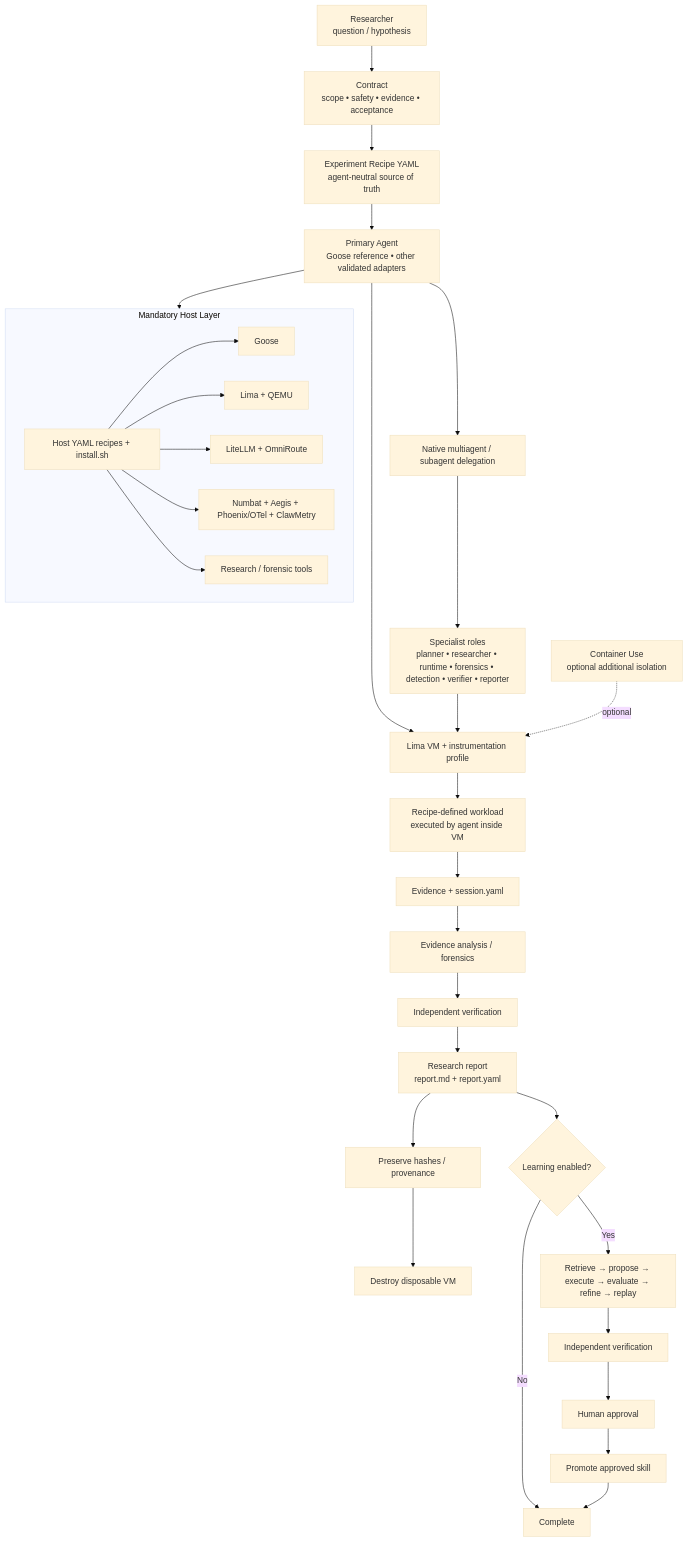
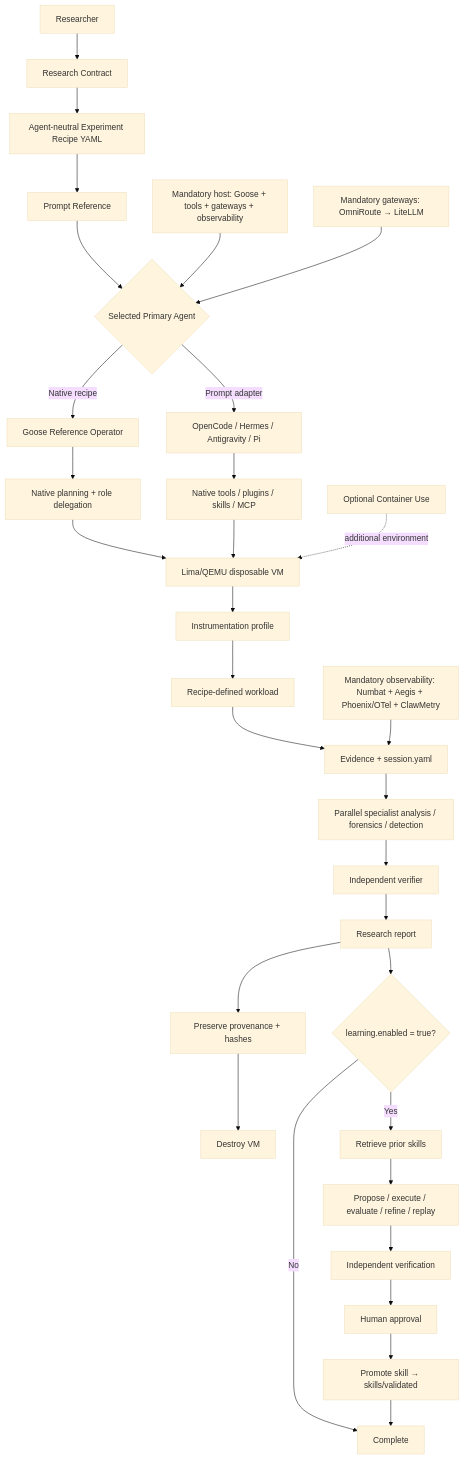
Before and after one commit to Opposum0112/Cusimanse: the diagram in docs/architecture/cusimanse-architecture.mmd, drawn with Mermaid (base theme). The commit also changed 24 other files, not shown here.

Commit message:
feat: expand goose-native adapters and learning workflow

```diff
--- a/docs/architecture/cusimanse-architecture.mmd
+++ b/docs/architecture/cusimanse-architecture.mmd
@@ -1,39 +1,31 @@
 flowchart TB
-    R[Researcher<br/>question / hypothesis] --> C[Contract<br/>scope • safety • evidence • acceptance]
-    C --> E[Experiment Recipe YAML<br/>agent-neutral source of truth]
-    E --> A[Primary Agent<br/>Goose reference • other validated adapters]
-
-    subgraph HOST[Mandatory Host Layer]
-      H1[Goose]
-      H2[Lima + QEMU]
-      H3[LiteLLM + OmniRoute]
-      H4[Numbat + Aegis + Phoenix/OTel + ClawMetry]
-      H5[Research / forensic tools]
-      H6[Host YAML recipes + install.sh]
-    end
-    H6 --> H1
-    H6 --> H2
-    H6 --> H3
-    H6 --> H4
-    H6 --> H5
-    A --> HOST
-
-    A --> S[Native multiagent / subagent delegation]
-    S --> ROLES[Specialist roles<br/>planner • researcher • runtime • forensics • detection • verifier • reporter]
-    A --> X[Lima VM + instrumentation profile]
-    ROLES --> X
-    X --> W[Recipe-defined workload<br/>executed by agent inside VM]
+    R[Researcher] --> C[Research Contract]
+    C --> E[Agent-neutral Experiment Recipe YAML]
+    E --> P[Prompt Reference]
+    P --> A{Selected Primary Agent}
+    A -->|Native recipe| G[Goose Reference Operator]
+    A -->|Prompt adapter| O[OpenCode / Hermes / Antigravity / Pi]
+    G --> N[Native planning + role delegation]
+    O --> N2[Native tools / plugins / skills / MCP]
+    N --> X[Lima/QEMU disposable VM]
+    N2 --> X
+    X --> I[Instrumentation profile]
+    I --> W[Recipe-defined workload]
     W --> EV[Evidence + session.yaml]
-    EV --> AN[Evidence analysis / forensics]
-    AN --> V[Independent verification]
-    V --> RP[Research report<br/>report.md + report.yaml]
-    RP --> P[Preserve hashes / provenance]
-    P --> D[Destroy disposable VM]
-    RP --> L{Learning enabled?}
-    L -- No --> END[Complete]
-    L -- Yes --> LW[Retrieve → propose → execute → evaluate → refine → replay]
-    LW --> IV[Independent verification]
-    IV --> HA[Human approval]
-    HA --> PR[Promote approved skill]
-    PR --> END
-    CU[Container Use<br/>optional additional isolation] -. optional .-> X
+    EV --> S1[Parallel specialist analysis / forensics / detection]
+    S1 --> V[Independent verifier]
+    V --> RP[Research report]
+    RP --> PR[Preserve provenance + hashes]
+    PR --> D[Destroy VM]
+    RP --> L{learning.enabled = true?}
+    L -->|No| END[Complete]
+    L -->|Yes| LR[Retrieve prior skills]
+    LR --> LP[Propose / execute / evaluate / refine / replay]
+    LP --> LI[Independent verification]
+    LI --> HA[Human approval]
+    HA --> SK[Promote skill → skills/validated]
+    SK --> END
+    H[Mandatory host: Goose + tools + gateways + observability] --> A
+    M[Mandatory gateways: OmniRoute → LiteLLM] --> A
+    T[Mandatory observability: Numbat + Aegis + Phoenix/OTel + ClawMetry] --> EV
+    CU[Optional Container Use] -. additional environment .-> X
```
